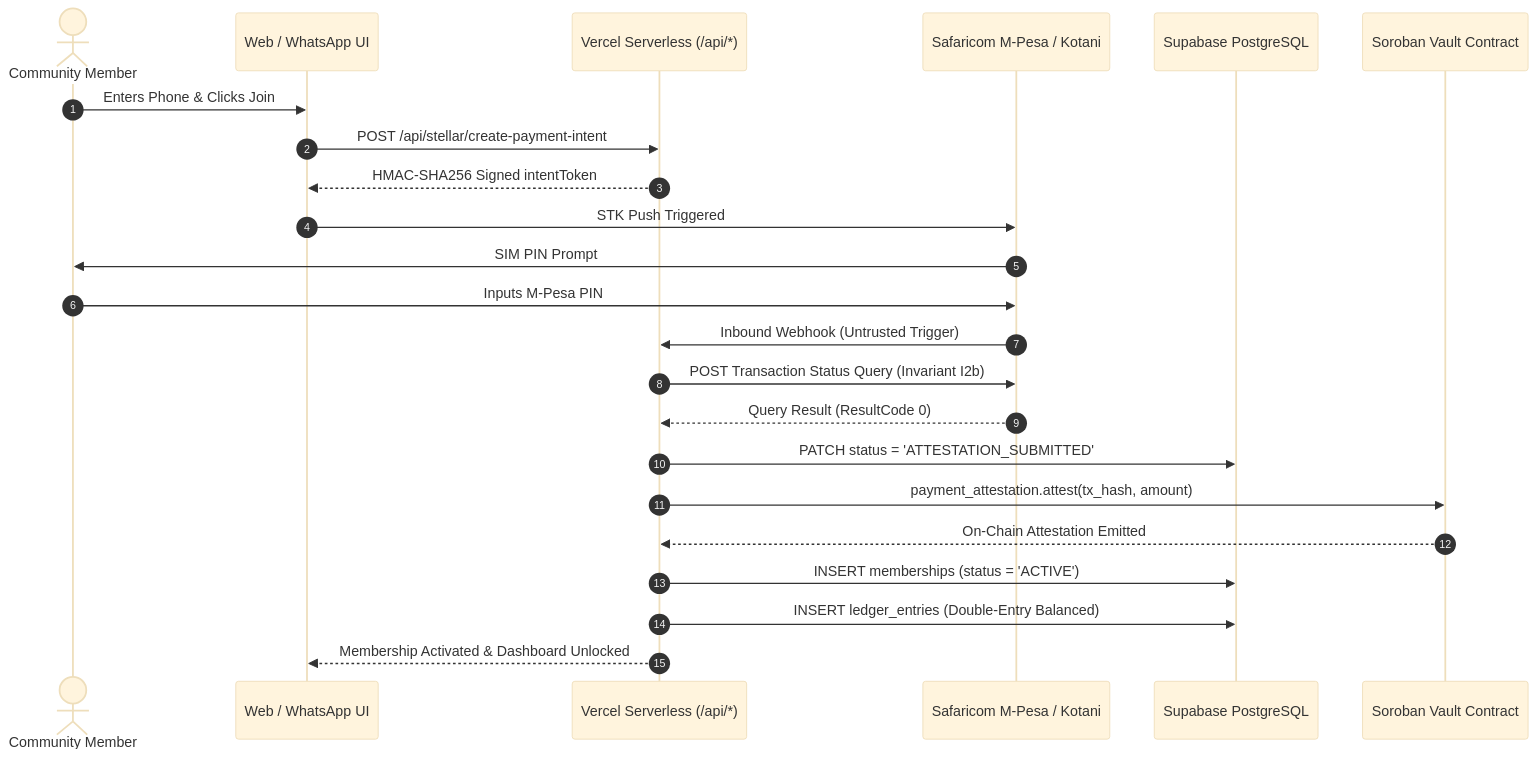
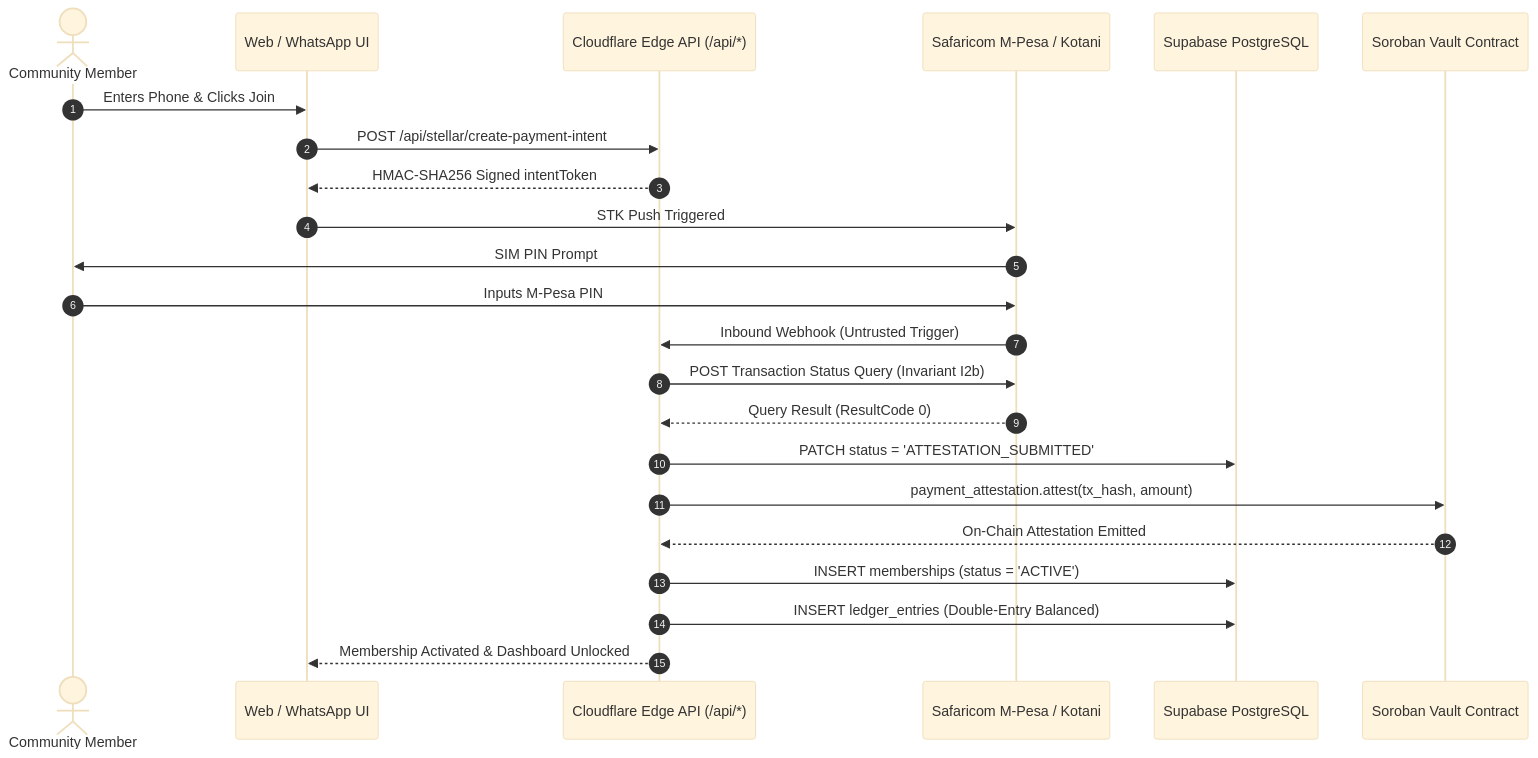
One commit to Azizudinly/baraza-protocol changed the second of 2 diagrams in README.md. Above: the diagram before and after it, drawn with Mermaid (base theme). The commit also changed other lines of this file and 75 other files, not shown here.

````diff
--- a/README.md
+++ b/README.md
@@ -82,26 +82,26 @@
 ```mermaid
 sequenceDiagram
     autonumber
     actor Member as Community Member
     participant Web as Web / WhatsApp UI
-    participant API as Vercel Serverless (/api/*)
+    participant API as Cloudflare Edge API (/api/*)
     participant Carrier as Safaricom M-Pesa / Kotani
     participant DB as Supabase PostgreSQL
     participant Stellar as Soroban Vault Contract
 
     Member->>Web: Enters Phone & Clicks Join
     Web->>API: POST /api/stellar/create-payment-intent
     API-->>Web: HMAC-SHA256 Signed intentToken
     Web->>Carrier: STK Push Triggered
     Carrier->>Member: SIM PIN Prompt
     Member->>Carrier: Inputs M-Pesa PIN
     Carrier->>API: Inbound Webhook (Untrusted Trigger)
     API->>Carrier: POST Transaction Status Query (Invariant I2b)
     Carrier-->>API: Query Result (ResultCode 0)
     API->>DB: PATCH status = 'ATTESTATION_SUBMITTED'
     API->>Stellar: payment_attestation.attest(tx_hash, amount)
     Stellar-->>API: On-Chain Attestation Emitted
     API->>DB: INSERT memberships (status = 'ACTIVE')
     API->>DB: INSERT ledger_entries (Double-Entry Balanced)
     API-->>Web: Membership Activated & Dashboard Unlocked
 ```
````
